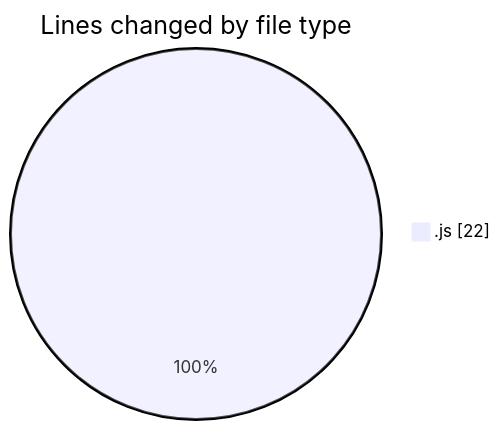
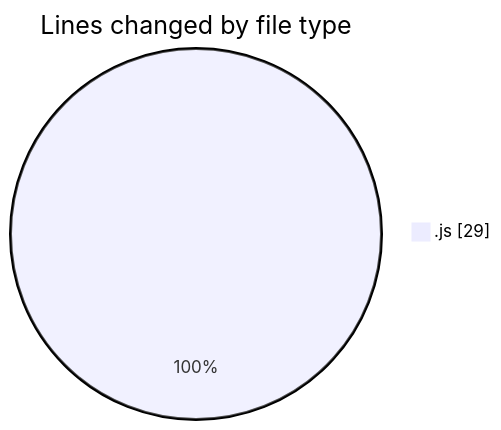
Before and after one commit to vahidmafi/code-tracking: the first of 2 diagrams in 2025-06-21/horizon/README.md, drawn with Mermaid. The commit also changed other lines of this file and 1 other file, not shown here.

````diff
--- a/2025-06-21/horizon/README.md
+++ b/2025-06-21/horizon/README.md
@@ -20,5 +20,5 @@
 ```mermaid
 pie showData
 title Lines changed by file type
-".js" : 22
+".js" : 29
 ```
````
